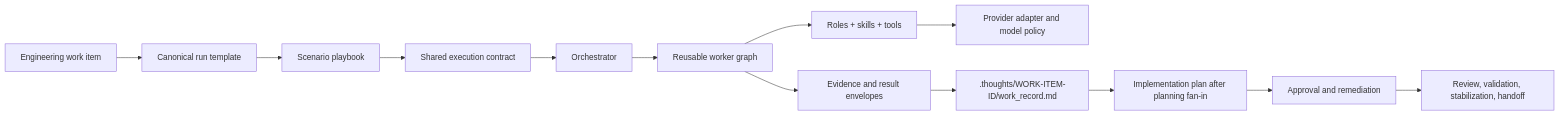
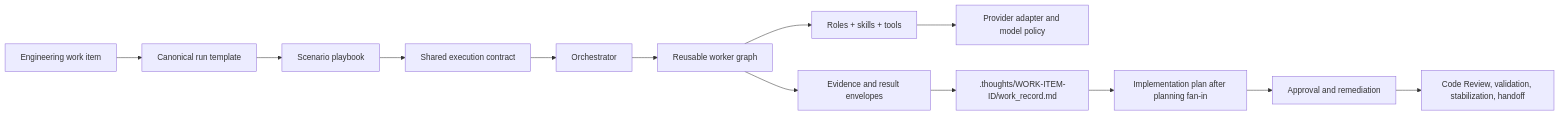
Before and after one commit to daniel-galvan/ai-engineering-workflow-framework: the first of 5 diagrams in PLAYBOOK_CATALOG.md, drawn with Mermaid. The commit also changed other lines of this file and 14 other files, not shown here.

````diff
--- a/PLAYBOOK_CATALOG.md
+++ b/PLAYBOOK_CATALOG.md
@@ -17,15 +17,15 @@
 ```mermaid
 flowchart LR
     A["Engineering work item"] --> B["Canonical run template"]
     B --> C["Scenario playbook"]
     C --> D["Shared execution contract"]
     D --> E["Orchestrator"]
     E --> F["Reusable worker graph"]
     F --> G["Roles + skills + tools"]
     G --> H["Provider adapter and model policy"]
     F --> I["Evidence and result envelopes"]
     I --> J[".thoughts/WORK-ITEM-ID/work_record.md"]
     J --> K["Implementation plan after planning fan-in"]
     K --> L["Approval and remediation"]
-    L --> M["Review, validation, stabilization, handoff"]
+    L --> M["Code Review, validation, stabilization, handoff"]
 ```
````
